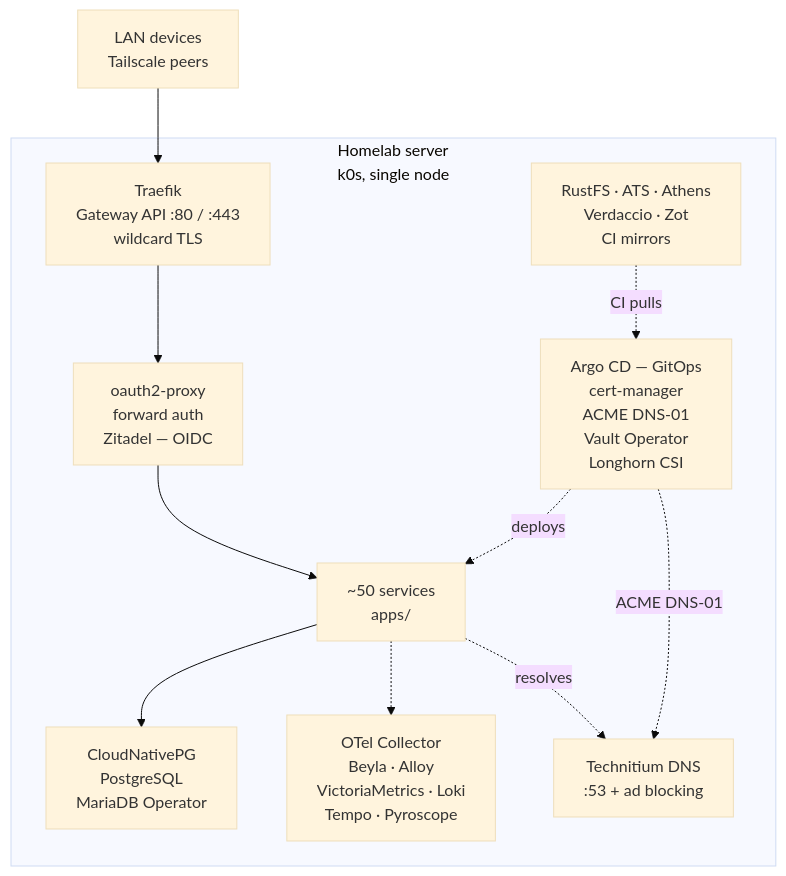
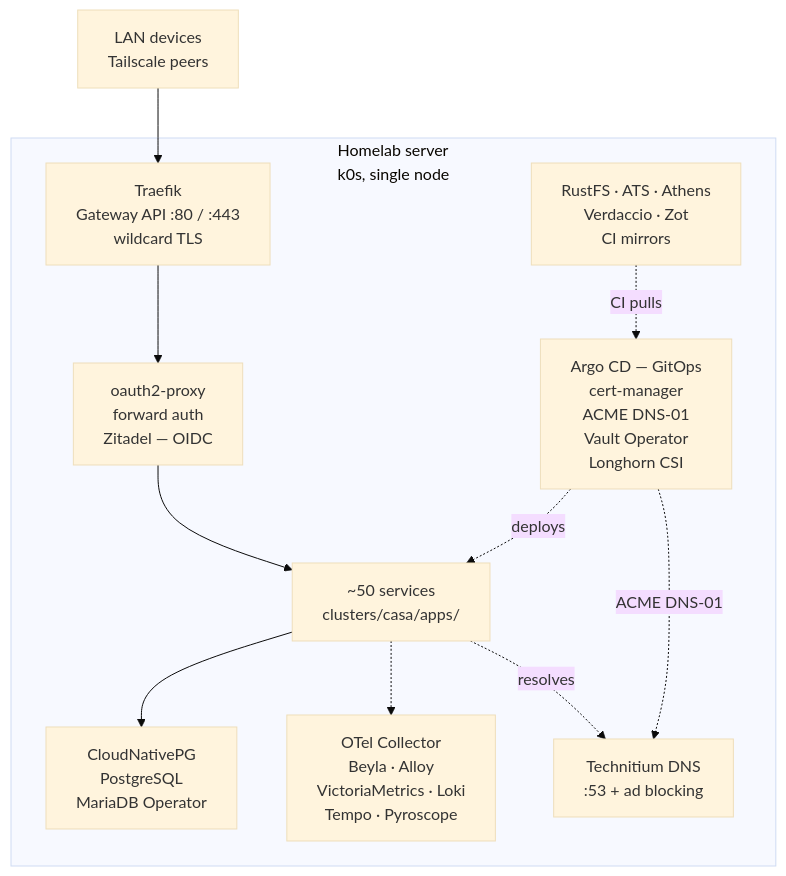
The diagram in README.md (Artemiy111/homelab), drawn with Mermaid (base theme) before and after one commit. The commit also changed other lines of this file and 861 other files, not shown here.

Commit message:
refactor(clusters): move apps and platform under clusters/casa (#911)

````diff
--- a/README.md
+++ b/README.md
@@ -32,25 +32,25 @@
 ```mermaid
 flowchart TB
     CLIENTS["LAN devices<br/>Tailscale peers"]
 
     subgraph host["Homelab server<br/>k0s, single node"]
         EDGE["Traefik<br/>Gateway API :80 / :443<br/>wildcard TLS"]
         AUTH["oauth2-proxy<br/>forward auth<br/>Zitadel — OIDC"]
-        APPS["~50 services<br/>apps/"]
+        APPS["~50 services<br/>clusters/casa/apps/"]
         OPS["Argo CD — GitOps<br/>cert-manager<br/>ACME DNS-01<br/>Vault Operator<br/>Longhorn CSI"]
         DATA["CloudNativePG<br/>PostgreSQL<br/>MariaDB Operator"]
         OBS["OTel Collector<br/>Beyla · Alloy<br/>VictoriaMetrics · Loki<br/>Tempo · Pyroscope"]
         CACHE["RustFS · ATS · Athens<br/>Verdaccio · Zot<br/>CI mirrors"]
         DNS["Technitium DNS<br/>:53 + ad blocking"]
     end
 
     CLIENTS --> EDGE
     EDGE --> AUTH
     AUTH --> APPS
     CACHE -.->|CI pulls| OPS
     OPS -.->|deploys| APPS
     OPS -.->|ACME DNS-01| DNS
     APPS --> DATA
     APPS -.-> OBS
     APPS -.->|resolves| DNS
 ```
````
